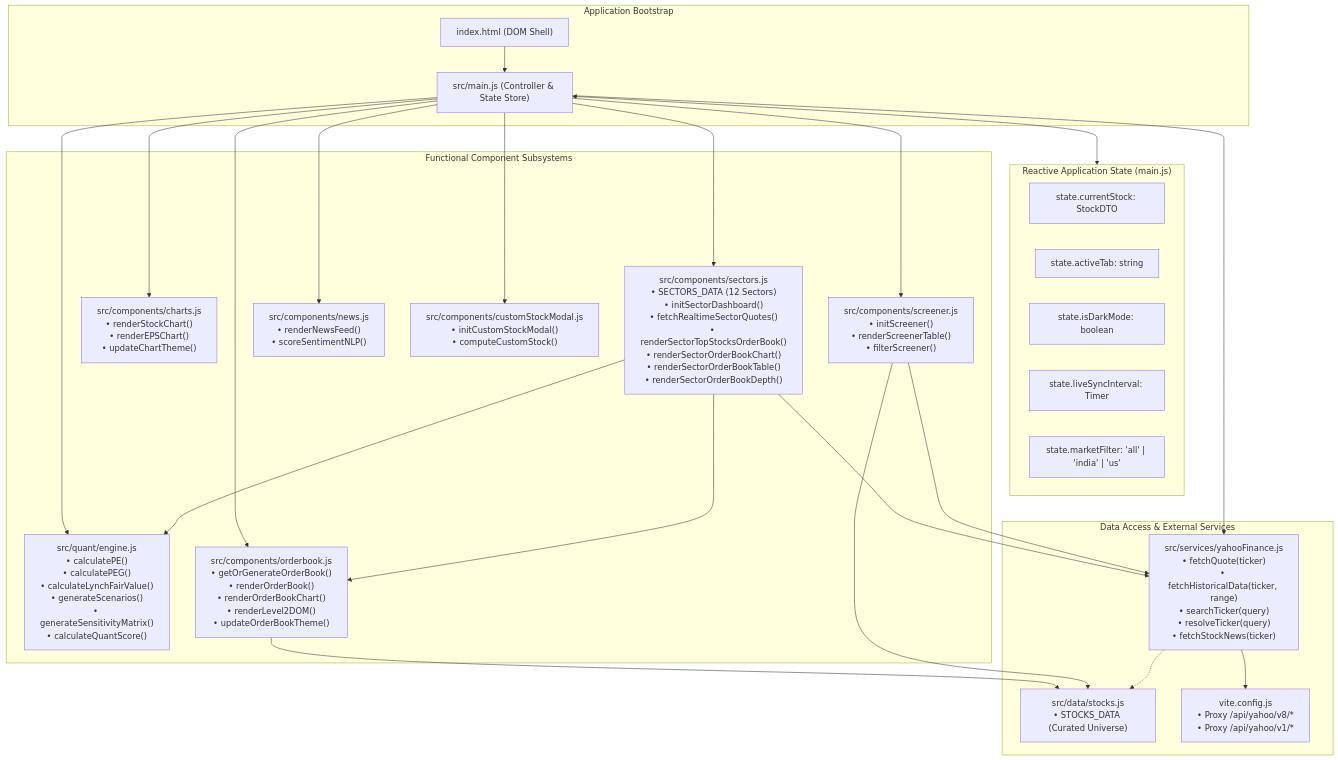
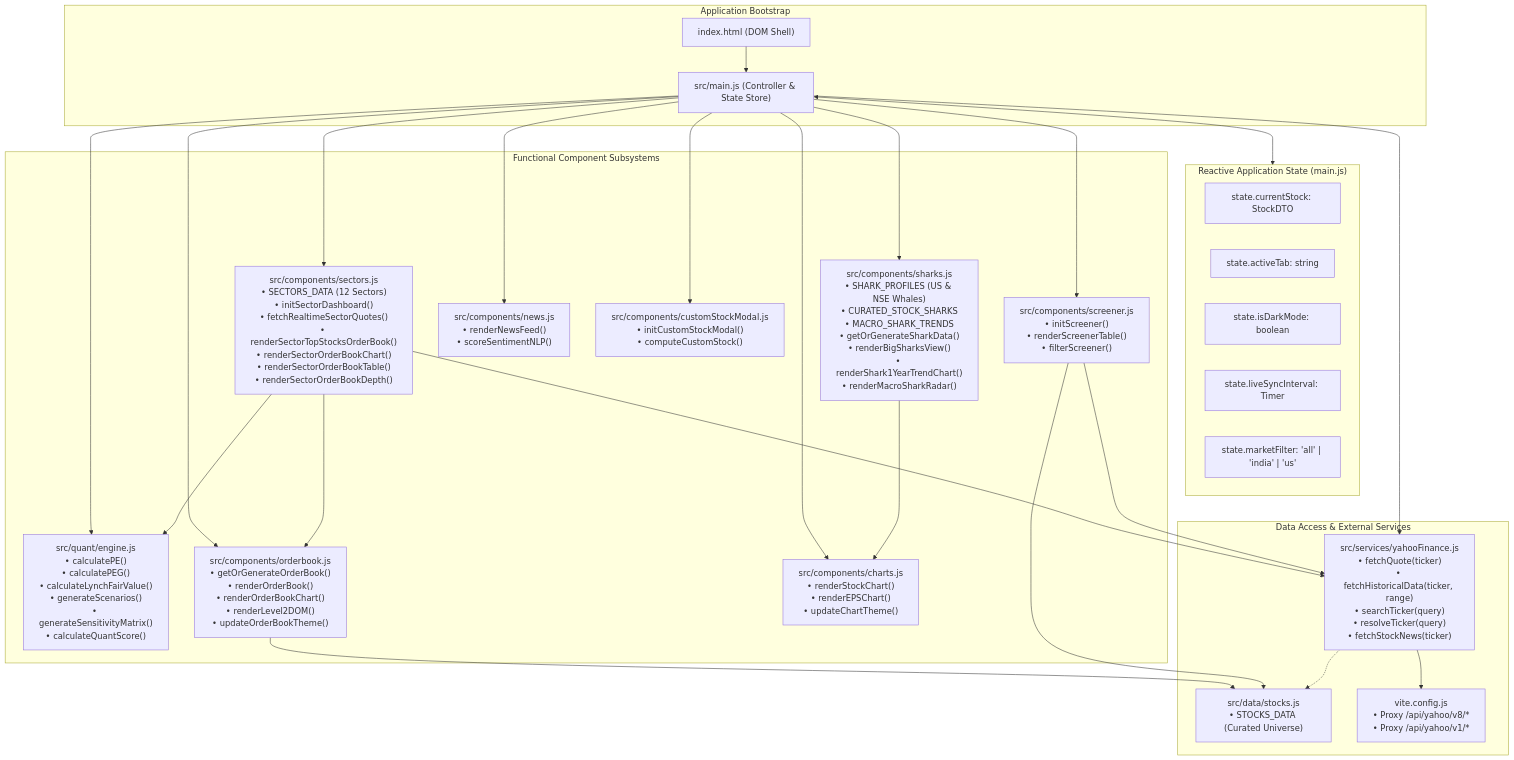
Before and after one commit to amitgupta2005/AntiGravity: the second of 6 diagrams in README.md, drawn with Mermaid. The commit also changed other lines of this file and 5 other files, not shown here.

Commit message:
feat: Add Big Sharks & Fund Managers Intelligence with 1-Year Trend and Macro Consensus Radar

````diff
--- a/README.md
+++ b/README.md
@@ -108,53 +112,56 @@
 ```mermaid
 flowchart TD
     %% Low-Level Component Hierarchy
 
     subgraph EntryPoint ["Application Bootstrap"]
         IndexHTML["index.html (DOM Shell)"]
         MainJS["src/main.js (Controller & State Store)"]
     end
 
     subgraph StateStore ["Reactive Application State (main.js)"]
         StateCurrentStock["state.currentStock: StockDTO"]
         StateActiveTab["state.activeTab: string"]
         StateTheme["state.isDarkMode: boolean"]
         StateLiveSync["state.liveSyncInterval: Timer"]
         StateScreenerFilter["state.marketFilter: 'all' | 'india' | 'us'"]
     end
 
     subgraph SubModules ["Functional Component Subsystems"]
         QuantEngineJS["src/quant/engine.js<br/>• calculatePE()<br/>• calculatePEG()<br/>• calculateLynchFairValue()<br/>• generateScenarios()<br/>• generateSensitivityMatrix()<br/>• calculateQuantScore()"]
         SectorJS["src/components/sectors.js<br/>• SECTORS_DATA (12 Sectors)<br/>• initSectorDashboard()<br/>• fetchRealtimeSectorQuotes()<br/>• renderSectorTopStocksOrderBook()<br/>• renderSectorOrderBookChart()<br/>• renderSectorOrderBookTable()<br/>• renderSectorOrderBookDepth()"]
         OrderBookJS["src/components/orderbook.js<br/>• getOrGenerateOrderBook()<br/>• renderOrderBook()<br/>• renderOrderBookChart()<br/>• renderLevel2DOM()<br/>• updateOrderBookTheme()"]
+        SharkJS["src/components/sharks.js<br/>• SHARK_PROFILES (US & NSE Whales)<br/>• CURATED_STOCK_SHARKS<br/>• MACRO_SHARK_TRENDS<br/>• getOrGenerateSharkData()<br/>• renderBigSharksView()<br/>• renderShark1YearTrendChart()<br/>• renderMacroSharkRadar()"]
         ChartsJS["src/components/charts.js<br/>• renderStockChart()<br/>• renderEPSChart()<br/>• updateChartTheme()"]
         ScreenerJS["src/components/screener.js<br/>• initScreener()<br/>• renderScreenerTable()<br/>• filterScreener()"]
         NewsJS["src/components/news.js<br/>• renderNewsFeed()<br/>• scoreSentimentNLP()"]
         CustomModalJS["src/components/customStockModal.js<br/>• initCustomStockModal()<br/>• computeCustomStock()"]
     end
 
     subgraph DataAccessLayer ["Data Access & External Services"]
         YahooServiceJS["src/services/yahooFinance.js<br/>• fetchQuote(ticker)<br/>• fetchHistoricalData(ticker, range)<br/>• searchTicker(query)<br/>• resolveTicker(query)<br/>• fetchStockNews(ticker)"]
         BaselineDataJS["src/data/stocks.js<br/>• STOCKS_DATA (Curated Universe)"]
         ViteConfig["vite.config.js<br/>• Proxy /api/yahoo/v8/*<br/>• Proxy /api/yahoo/v1/*"]
     end
 
     IndexHTML --> MainJS
     MainJS <--> StateStore
     MainJS --> YahooServiceJS
     MainJS --> QuantEngineJS
     MainJS --> SectorJS
     MainJS --> OrderBookJS
+    MainJS --> SharkJS
     MainJS --> ChartsJS
     MainJS --> ScreenerJS
     MainJS --> NewsJS
     MainJS --> CustomModalJS
 
     SectorJS --> YahooServiceJS
     SectorJS --> OrderBookJS
     SectorJS --> QuantEngineJS
+    SharkJS --> ChartsJS
     OrderBookJS --> BaselineDataJS
     ScreenerJS --> BaselineDataJS
     ScreenerJS --> YahooServiceJS
     YahooServiceJS --> ViteConfig
     YahooServiceJS -.-> BaselineDataJS
 ```
````
